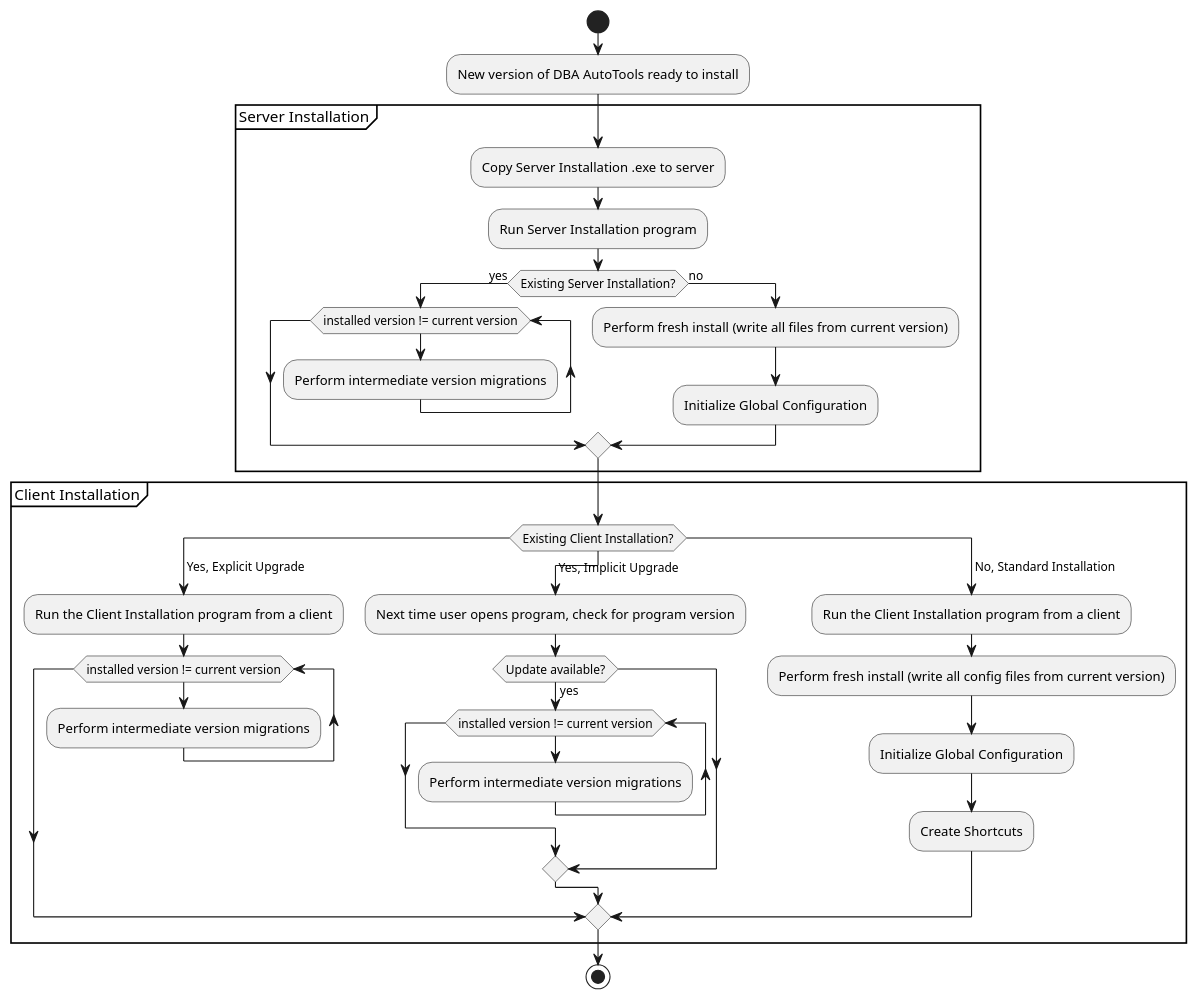
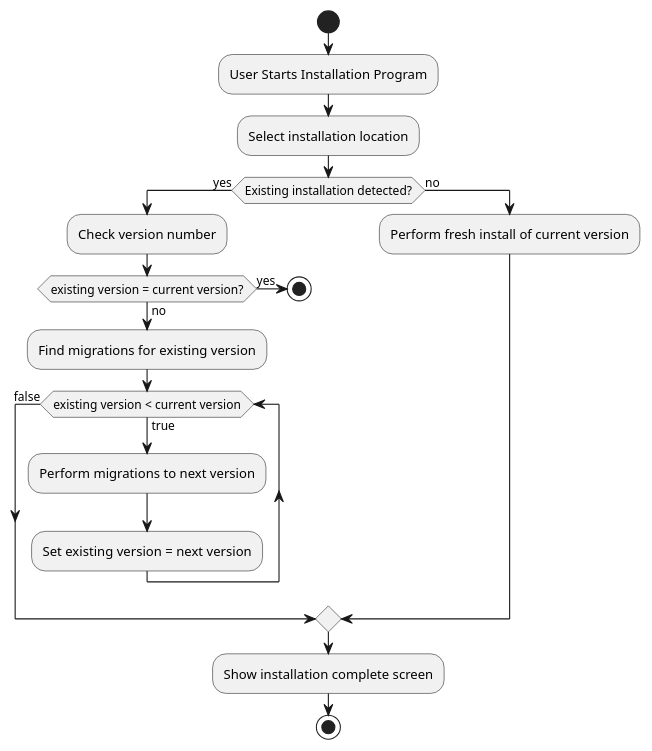
Before and after one commit to sadmachine/DBA-Automation-Tools: the diagram in docs/diagrams/src/flowcharts/installation-flowchart.puml, drawn with PlantUML. The commit also changed 15 other files, not shown here.

```diff
--- a/docs/diagrams/src/flowcharts/installation-flowchart.puml
+++ b/docs/diagrams/src/flowcharts/installation-flowchart.puml
@@ -2,49 +2,31 @@
 @startuml
 
 skinparam LegendBackgroundColor #FAFAFA
 
 start
 
-:New version of DBA AutoTools ready to install;
+:User Starts Installation Program;
 
-partition Server Installation {
+:Select installation location;
 
-  :Copy Server Installation .exe to server;
+if (Existing installation detected?) then (yes) 
+  :Check version number;
 
-  :Run Server Installation program;
+  if (existing version = current version?) then (yes)
+    stop
+  else (no)
+    :Find migrations for existing version;
+    while (existing version < current version) is (true)
+      :Perform migrations to next version;
+      :Set existing version = next version;
+    endwhile (false)
+  endif
+else (no)
+  :Perform fresh install of current version;
+endif
 
-  if (Existing Server Installation?) then (yes)
-    while (installed version != current version)
-      :Perform intermediate version migrations;
-    endwhile
-  else (no)
-    :Perform fresh install (write all files from current version);
-    :Initialize Global Configuration;
-  endif
-}
-
-partition Client Installation {
-  switch (Existing Client Installation?)
-    case ( Yes, Explicit Upgrade )
-      :Run the Client Installation program from a client;
-      while (installed version != current version)
-        :Perform intermediate version migrations;
-      endwhile
-    case ( Yes, Implicit Upgrade )
-      :Next time user opens program, check for program version;
-      if (Update available?) then (yes)
-        while (installed version != current version)
-          :Perform intermediate version migrations;
-        endwhile
-      endif
-    case ( No, Standard Installation )
-      :Run the Client Installation program from a client;
-      :Perform fresh install (write all config files from current version);
-      :Initialize Global Configuration;
-      :Create Shortcuts;
-  endswitch
-}
+:Show installation complete screen;
 
 stop
 
 @enduml
```
